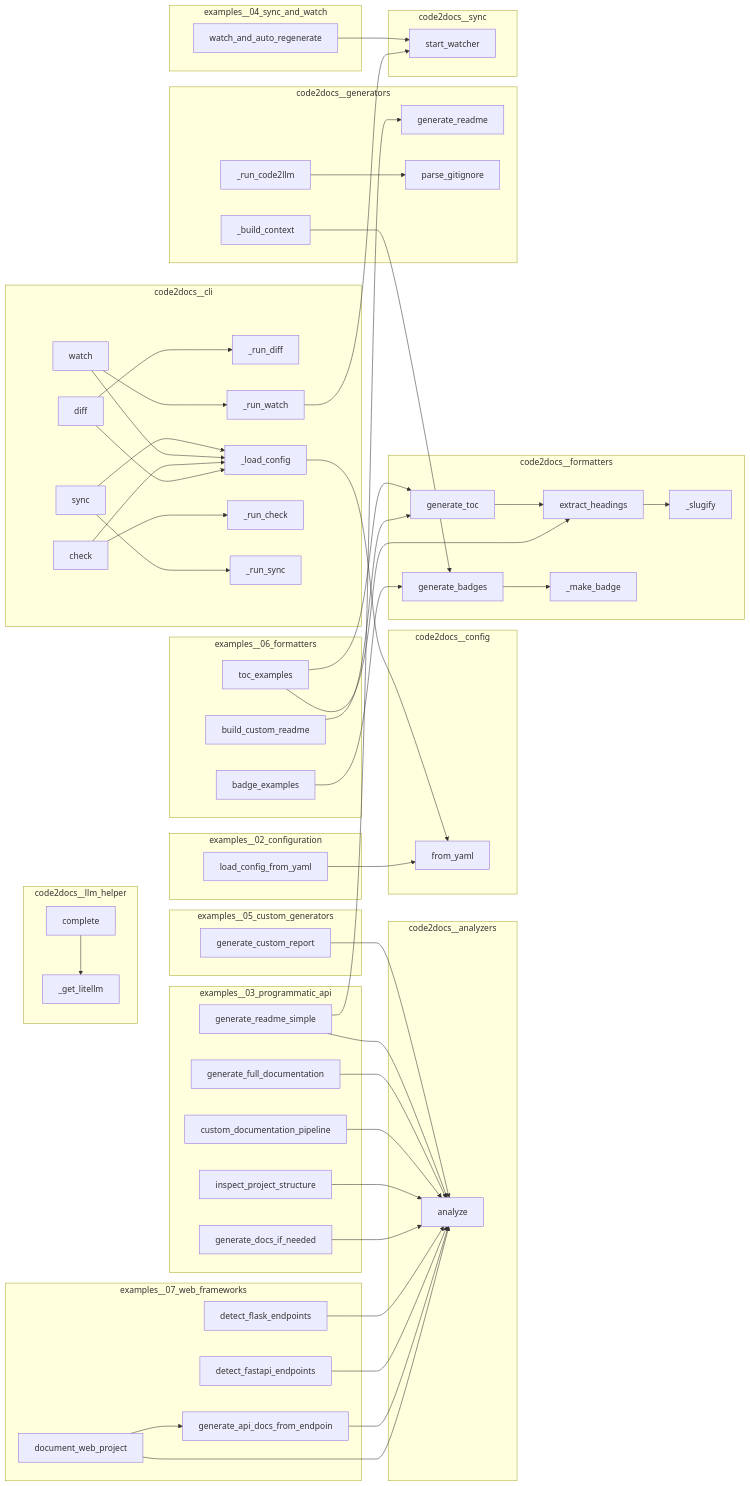
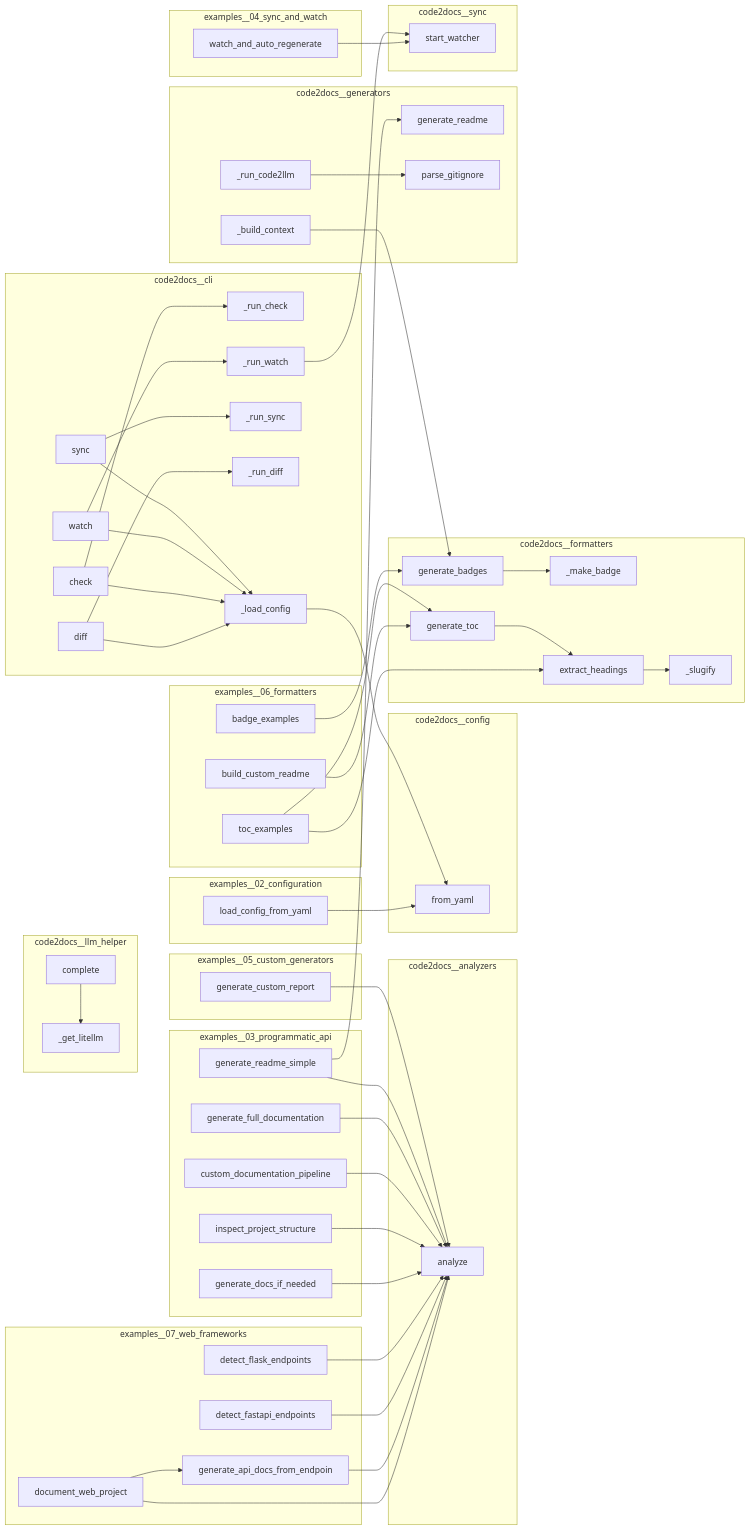
One commit to semcod/code2docs changed the diagram in project/calls.mmd. Above: the diagram before and after it, drawn with Mermaid. The commit also changed other lines of this file and 49 other files, not shown here.

```diff
--- a/project/calls.mmd
+++ b/project/calls.mmd
@@ -1,99 +1,99 @@
 flowchart LR
     subgraph code2docs__analyzers
         code2docs__analyzers__project_scanner__ProjectScanner__analyze["analyze"]
     end
     subgraph code2docs__cli
+        code2docs__cli___run_check["_run_check"]
+        code2docs__cli___run_watch["_run_watch"]
+        code2docs__cli__sync["sync"]
+        code2docs__cli___run_sync["_run_sync"]
+        code2docs__cli__diff["diff"]
+        code2docs__cli___run_diff["_run_diff"]
+        code2docs__cli___load_config["_load_config"]
+        code2docs__cli__watch["watch"]
         code2docs__cli__check["check"]
-        code2docs__cli___run_diff["_run_diff"]
-        code2docs__cli___run_watch["_run_watch"]
-        code2docs__cli___load_config["_load_config"]
-        code2docs__cli__sync["sync"]
-        code2docs__cli__diff["diff"]
-        code2docs__cli___run_check["_run_check"]
-        code2docs__cli__watch["watch"]
-        code2docs__cli___run_sync["_run_sync"]
     end
     subgraph code2docs__config
         code2docs__config__Code2DocsConfig__from_yaml["from_yaml"]
     end
     subgraph code2docs__formatters
+        code2docs__formatters__toc__generate_toc["generate_toc"]
+        code2docs__formatters__toc___slugify["_slugify"]
+        code2docs__formatters__badges___make_badge["_make_badge"]
+        code2docs__formatters__badges__generate_badges["generate_badges"]
         code2docs__formatters__toc__extract_headings["extract_headings"]
-        code2docs__formatters__toc___slugify["_slugify"]
-        code2docs__formatters__badges__generate_badges["generate_badges"]
-        code2docs__formatters__toc__generate_toc["generate_toc"]
-        code2docs__formatters__badges___make_badge["_make_badge"]
     end
     subgraph code2docs__generators
+        code2docs__generators__readme_gen__generate_readme["generate_readme"]
         code2docs__generators__code2llm_gen__Code2LlmGenerator___run_code2llm["_run_code2llm"]
+        code2docs__generators__code2llm_gen__parse_gitignore["parse_gitignore"]
         code2docs__generators__readme_gen__ReadmeGenerator___build_context["_build_context"]
-        code2docs__generators__readme_gen__generate_readme["generate_readme"]
-        code2docs__generators__code2llm_gen__parse_gitignore["parse_gitignore"]
     end
     subgraph code2docs__llm_helper
         code2docs__llm_helper__LLMHelper__complete["complete"]
         code2docs__llm_helper___get_litellm["_get_litellm"]
     end
     subgraph code2docs__sync
         code2docs__sync__watcher__start_watcher["start_watcher"]
     end
     subgraph examples__02_configuration
         examples__02_configuration__load_config_from_yaml["load_config_from_yaml"]
     end
     subgraph examples__03_programmatic_api
+        examples__03_programmatic_api__inspect_project_structure["inspect_project_structure"]
+        examples__03_programmatic_api__custom_documentation_pipeline["custom_documentation_pipeline"]
         examples__03_programmatic_api__generate_full_documentation["generate_full_documentation"]
-        examples__03_programmatic_api__custom_documentation_pipeline["custom_documentation_pipeline"]
+        examples__03_programmatic_api__generate_readme_simple["generate_readme_simple"]
         examples__03_programmatic_api__generate_docs_if_needed["generate_docs_if_needed"]
-        examples__03_programmatic_api__generate_readme_simple["generate_readme_simple"]
-        examples__03_programmatic_api__inspect_project_structure["inspect_project_structure"]
     end
     subgraph examples__04_sync_and_watch
         examples__04_sync_and_watch__watch_and_auto_regenerate["watch_and_auto_regenerate"]
     end
     subgraph examples__05_custom_generators
         examples__05_custom_generators__generate_custom_report["generate_custom_report"]
     end
     subgraph examples__06_formatters
+        examples__06_formatters__badge_examples["badge_examples"]
+        examples__06_formatters__build_custom_readme["build_custom_readme"]
         examples__06_formatters__toc_examples["toc_examples"]
-        examples__06_formatters__build_custom_readme["build_custom_readme"]
-        examples__06_formatters__badge_examples["badge_examples"]
     end
     subgraph examples__07_web_frameworks
+        examples__07_web_frameworks__detect_flask_endpoints["detect_flask_endpoints"]
+        examples__07_web_frameworks__detect_fastapi_endpoints["detect_fastapi_endpoints"]
         examples__07_web_frameworks__document_web_project["document_web_project"]
-        examples__07_web_frameworks__detect_fastapi_endpoints["detect_fastapi_endpoints"]
-        examples__07_web_frameworks__detect_flask_endpoints["detect_flask_endpoints"]
         examples__07_web_frameworks__generate_api_docs_from_endpoints["generate_api_docs_from_endpoin"]
     end
     code2docs__formatters__badges__generate_badges --> code2docs__formatters__badges___make_badge
     code2docs__formatters__toc__generate_toc --> code2docs__formatters__toc__extract_headings
     code2docs__formatters__toc__extract_headings --> code2docs__formatters__toc___slugify
+    code2docs__generators__readme_gen__ReadmeGenerator___build_context --> code2docs__formatters__badges__generate_badges
     code2docs__generators__code2llm_gen__Code2LlmGenerator___run_code2llm --> code2docs__generators__code2llm_gen__parse_gitignore
-    code2docs__generators__readme_gen__ReadmeGenerator___build_context --> code2docs__formatters__badges__generate_badges
-    examples__04_sync_and_watch__watch_and_auto_regenerate --> code2docs__sync__watcher__start_watcher
     code2docs__cli__sync --> code2docs__cli___load_config
     code2docs__cli__sync --> code2docs__cli___run_sync
     code2docs__cli__watch --> code2docs__cli___load_config
     code2docs__cli__watch --> code2docs__cli___run_watch
     code2docs__cli__check --> code2docs__cli___load_config
     code2docs__cli__check --> code2docs__cli___run_check
     code2docs__cli__diff --> code2docs__cli___load_config
     code2docs__cli__diff --> code2docs__cli___run_diff
     code2docs__cli___load_config --> code2docs__config__Code2DocsConfig__from_yaml
     code2docs__cli___run_watch --> code2docs__sync__watcher__start_watcher
+    examples__04_sync_and_watch__watch_and_auto_regenerate --> code2docs__sync__watcher__start_watcher
     examples__05_custom_generators__generate_custom_report --> code2docs__analyzers__project_scanner__ProjectScanner__analyze
     examples__06_formatters__badge_examples --> code2docs__formatters__badges__generate_badges
     examples__06_formatters__toc_examples --> code2docs__formatters__toc__generate_toc
     examples__06_formatters__toc_examples --> code2docs__formatters__toc__extract_headings
     examples__06_formatters__build_custom_readme --> code2docs__formatters__toc__generate_toc
     examples__03_programmatic_api__generate_readme_simple --> code2docs__analyzers__project_scanner__ProjectScanner__analyze
     examples__03_programmatic_api__generate_readme_simple --> code2docs__generators__readme_gen__generate_readme
     examples__03_programmatic_api__generate_full_documentation --> code2docs__analyzers__project_scanner__ProjectScanner__analyze
     examples__03_programmatic_api__custom_documentation_pipeline --> code2docs__analyzers__project_scanner__ProjectScanner__analyze
     examples__03_programmatic_api__inspect_project_structure --> code2docs__analyzers__project_scanner__ProjectScanner__analyze
     examples__03_programmatic_api__generate_docs_if_needed --> code2docs__analyzers__project_scanner__ProjectScanner__analyze
-    examples__02_configuration__load_config_from_yaml --> code2docs__config__Code2DocsConfig__from_yaml
     examples__07_web_frameworks__detect_flask_endpoints --> code2docs__analyzers__project_scanner__ProjectScanner__analyze
     examples__07_web_frameworks__detect_fastapi_endpoints --> code2docs__analyzers__project_scanner__ProjectScanner__analyze
     examples__07_web_frameworks__generate_api_docs_from_endpoints --> code2docs__analyzers__project_scanner__ProjectScanner__analyze
     examples__07_web_frameworks__document_web_project --> code2docs__analyzers__project_scanner__ProjectScanner__analyze
     examples__07_web_frameworks__document_web_project --> examples__07_web_frameworks__generate_api_docs_from_endpoints
+    examples__02_configuration__load_config_from_yaml --> code2docs__config__Code2DocsConfig__from_yaml
     code2docs__llm_helper__LLMHelper__complete --> code2docs__llm_helper___get_litellm
```
